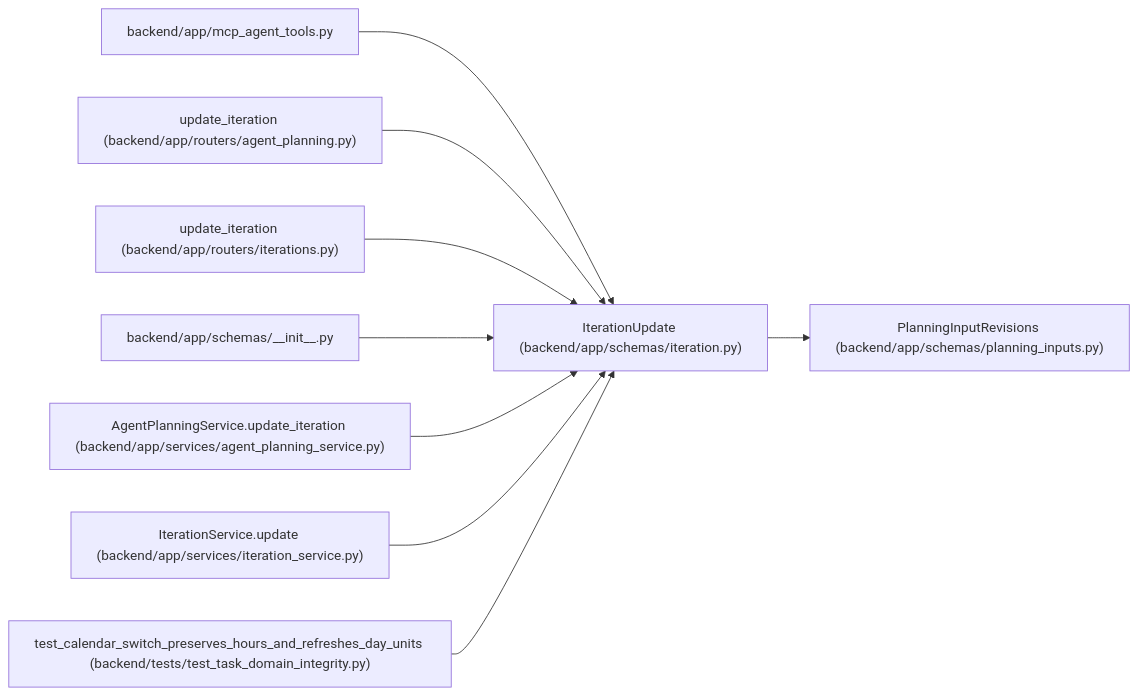
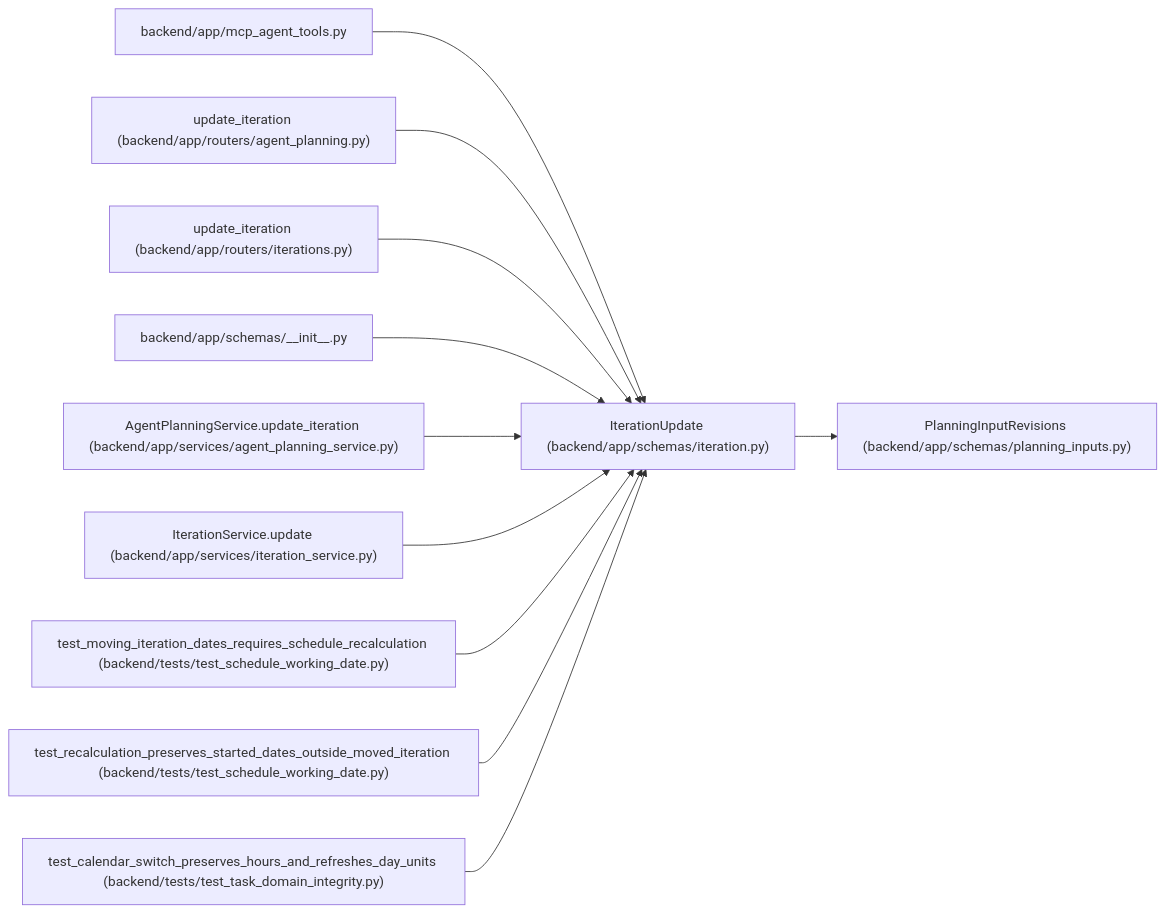
Before and after one commit to Denissvgn/WorkChord: the diagram in docs/llm_wiki/entities/schemas_iteration_IterationUpdate.md, drawn with Mermaid. The commit also changed other lines of this file and 2373 other files, not shown here.

````diff
--- a/docs/llm_wiki/entities/schemas_iteration_IterationUpdate.md
+++ b/docs/llm_wiki/entities/schemas_iteration_IterationUpdate.md
@@ -30,29 +30,35 @@
 ```mermaid
 flowchart LR
     n0["IterationUpdate (backend/app/schemas/iteration.py)"]
     n1["PlanningInputRevisions (backend/app/schemas/planning_inputs.py)"]
     n2["backend/app/mcp_agent_tools.py"]
     n3["update_iteration (backend/app/routers/agent_planning.py)"]
     n4["update_iteration (backend/app/routers/iterations.py)"]
     n5["backend/app/schemas/__init__.py"]
     n6["AgentPlanningService.update_iteration (backend/app/services/agent_planning_service.py)"]
     n7["IterationService.update (backend/app/services/iteration_service.py)"]
-    n8["test_calendar_switch_preserves_hours_and_refreshes_day_units (backend/tests/test_task_domain_integrity.py)"]
+    n8["test_moving_iteration_dates_requires_schedule_recalculation (backend/tests/test_schedule_working_date.py)"]
+    n9["test_recalculation_preserves_started_dates_outside_moved_iteration (backend/tests/test_schedule_working_date.py)"]
+    n10["test_calendar_switch_preserves_hours_and_refreshes_day_units (backend/tests/test_task_domain_integrity.py)"]
     n0 --> n1
     n2 --> n0
     n3 --> n0
     n4 --> n0
     n5 --> n0
     n6 --> n0
     n7 --> n0
     n8 --> n0
+    n9 --> n0
+    n10 --> n0
     click n0 "../modules/schemas_iteration.md"
     click n1 "../modules/planning_inputs.md"
     click n2 "../modules/mcp_agent_tools.md"
     click n3 "../modules/routers_agent_planning.md"
     click n4 "../modules/iterations.md"
     click n5 "../modules/schemas___init__.md"
     click n6 "../modules/agent_planning_service.md"
     click n7 "../modules/iteration_service.md"
-    click n8 "../modules/test_task_domain_integrity.md"
+    click n8 "../modules/test_schedule_working_date.md"
+    click n9 "../modules/test_schedule_working_date.md"
+    click n10 "../modules/test_task_domain_integrity.md"
 ```
````
